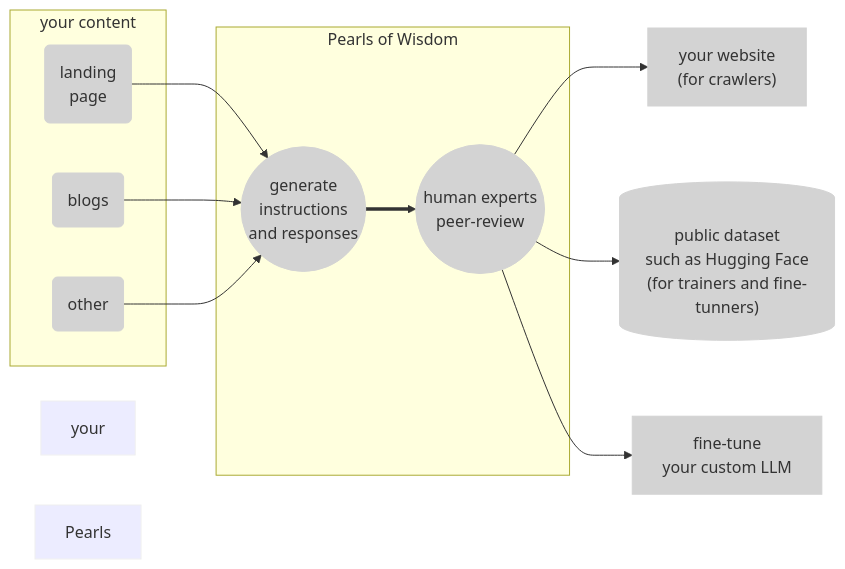
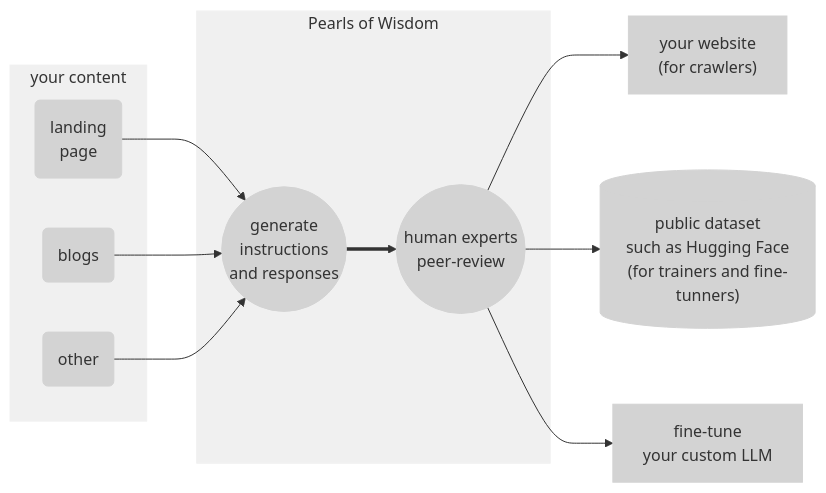
One commit to kirilligum/prls.co changed the diagram in diagrams/userflow.mmd. Above: the diagram before and after it, drawn with Mermaid.

Commit message:
Shortened node labels in userflow diagram for clarity.

```diff
--- a/diagrams/userflow.mmd
+++ b/diagrams/userflow.mmd
@@ -1,30 +1,30 @@
 graph LR
-  style your content fill:#f0f0f0,stroke:#f0f0f0
-  style Pearls of Wisdom fill:#f0f0f0,stroke:#f0f0f0
+  style yc fill:#f0f0f0,stroke:#f0f0f0
+  style pow fill:#f0f0f0,stroke:#f0f0f0
   style lp fill:#d3d3d3,stroke:#d3d3d3
   style b fill:#d3d3d3,stroke:#d3d3d3
   style other fill:#d3d3d3,stroke:#d3d3d3
   style g fill:#d3d3d3,stroke:#d3d3d3
   style h fill:#d3d3d3,stroke:#d3d3d3
   style page fill:#d3d3d3,stroke:#d3d3d3
   style pubhf fill:#d3d3d3,stroke:#d3d3d3
   style cllm fill:#d3d3d3,stroke:#d3d3d3
-subgraph your content
+subgraph yc[your content]
   lp("landing<br/>page")
   b(blogs)
   other(other)
 end
-subgraph Pearls of Wisdom
+subgraph pow[Pearls of Wisdom]
   g(("generate<br/>instructions<br/>and responses"))
   h(("human experts<br/>peer-review"))
 end
 page["your website<br/>(for crawlers)"]
 pubhf[("public dataset<br/>such as Hugging Face<br/>(for trainers and fine-tunners)")]
 cllm["fine-tune<br/>your custom LLM"]
 lp-->g
 b-->g
 other-->g
 g==>h
 h-->page
 h-->pubhf
 h-->cllm
```
